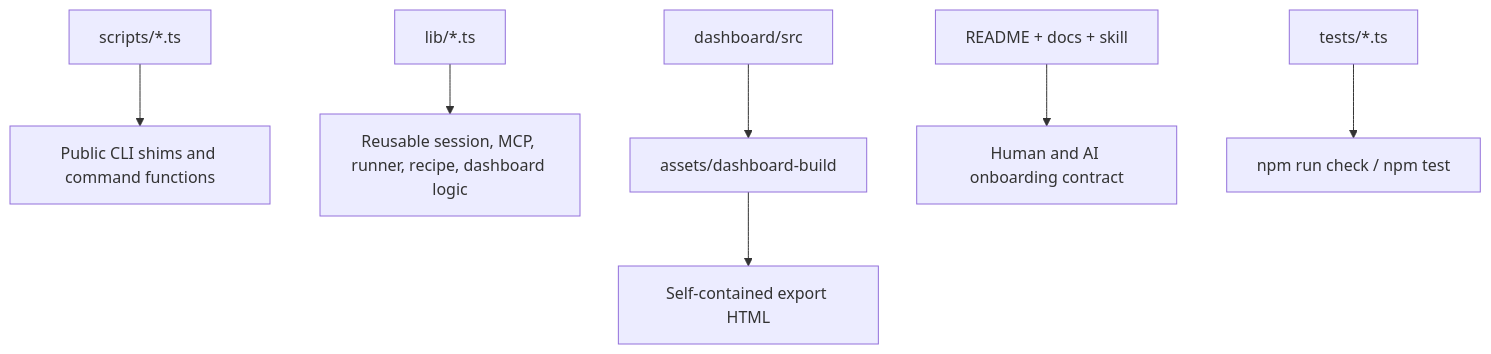
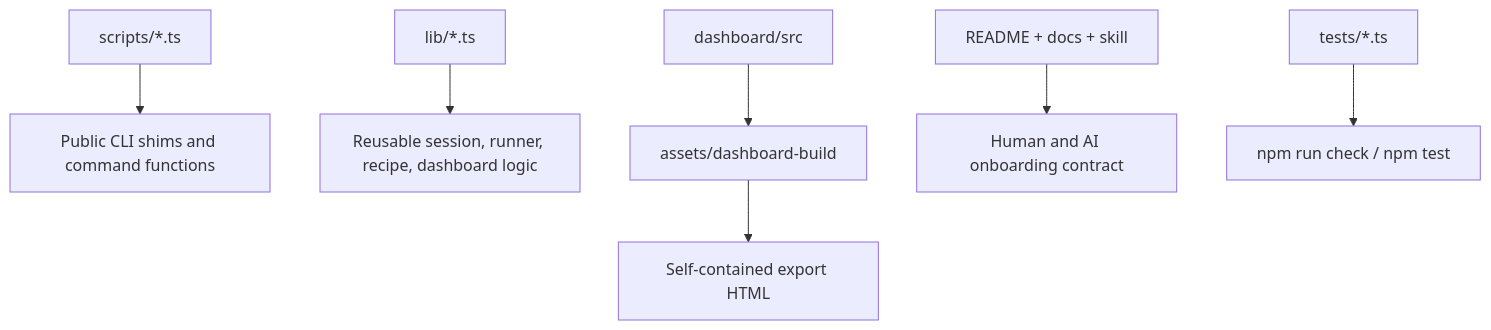
The third of 5 diagrams in plugins/codex-autoresearch/docs/architecture.md (TheGreenCedar/codex-autoresearch), drawn with Mermaid before and after one commit. The commit also changed other lines of this file and 46 other files, not shown here.

````diff
--- a/plugins/codex-autoresearch/docs/architecture.md
+++ b/plugins/codex-autoresearch/docs/architecture.md
@@ -39,9 +36,9 @@
 ```mermaid
 flowchart TD
   Scripts["scripts/*.ts"] --> CLI["Public CLI shims and command functions"]
-  Lib["lib/*.ts"] --> Core["Reusable session, MCP, runner, recipe, dashboard logic"]
+  Lib["lib/*.ts"] --> Core["Reusable session, runner, recipe, dashboard logic"]
   Dashboard["dashboard/src"] --> Assets["assets/dashboard-build"]
   Assets --> Export["Self-contained export HTML"]
   Docs["README + docs + skill"] --> Product["Human and AI onboarding contract"]
   Tests["tests/*.ts"] --> Gate["npm run check / npm test"]
 ```
````
